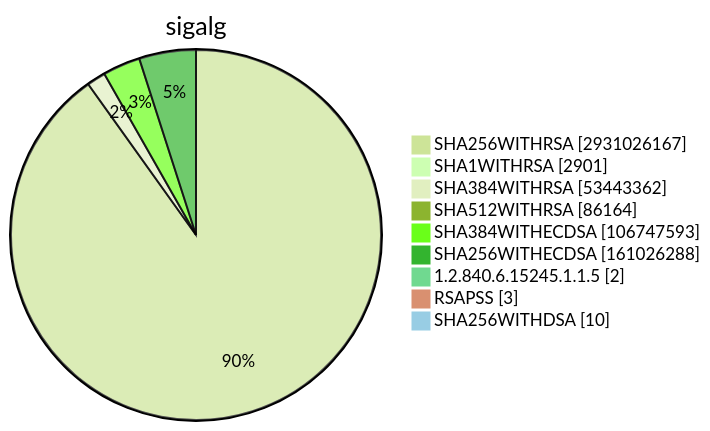
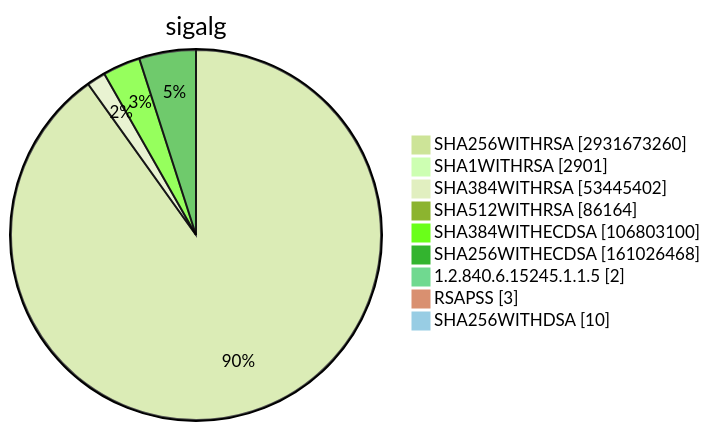
Diagram 15 of 15 in TOTAL/README.md (christiankrug/ctmonitor_visualization), drawn with Mermaid (forest theme) before and after one commit. The commit also changed other lines of this file, not shown here.

````diff
--- a/TOTAL/README.md
+++ b/TOTAL/README.md
@@ -6207,13 +6207,13 @@
 ```mermaid
 pie showData
 title sigalg
-"SHA256WITHRSA" :2931026167
+"SHA256WITHRSA" :2931673260
 "SHA1WITHRSA" :2901
-"SHA384WITHRSA" :53443362
+"SHA384WITHRSA" :53445402
 "SHA512WITHRSA" :86164
-"SHA384WITHECDSA" :106747593
-"SHA256WITHECDSA" :161026288
+"SHA384WITHECDSA" :106803100
+"SHA256WITHECDSA" :161026468
 "1.2.840.6.15245.1.1.5" :2
 "RSAPSS" :3
 "SHA256WITHDSA" :10
 ```
````
